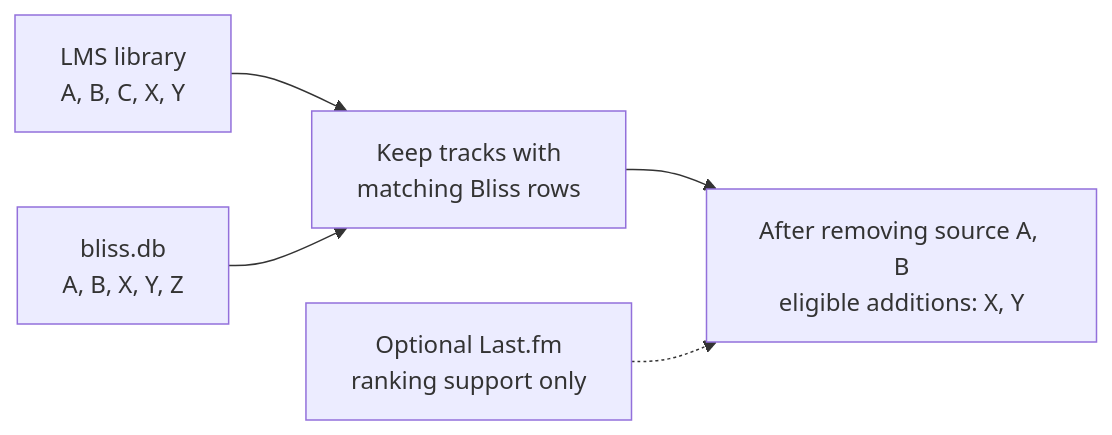
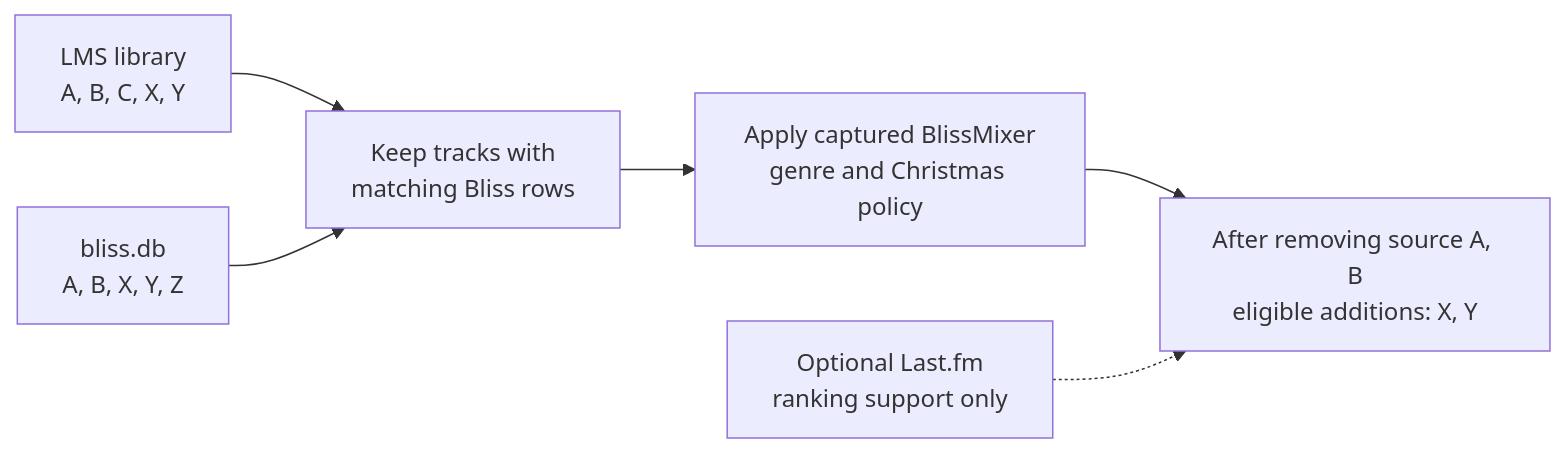
One commit to chrober/lms-better-call-bliss changed the eighth of 13 diagrams in ALGORITHMS.md. Above: the diagram before and after it, drawn with Mermaid. The commit also changed other lines of this file and 12 other files, not shown here.

Commit message:
Honor BlissMixer genre settings in every job

```diff
--- a/ALGORITHMS.md
+++ b/ALGORITHMS.md
@@ -350,7 +354,8 @@
 ~~~mermaid
 flowchart LR
     L["LMS library<br/>A, B, C, X, Y"] --> I["Keep tracks with<br/>matching Bliss rows"]
     B["bliss.db<br/>A, B, X, Y, Z"] --> I
-    I --> P["After removing source A, B<br/>eligible additions: X, Y"]
+    I --> G["Apply captured BlissMixer<br/>genre and Christmas policy"]
+    G --> P["After removing source A, B<br/>eligible additions: X, Y"]
     F["Optional Last.fm<br/>ranking support only"] -.-> P
 ~~~
```
